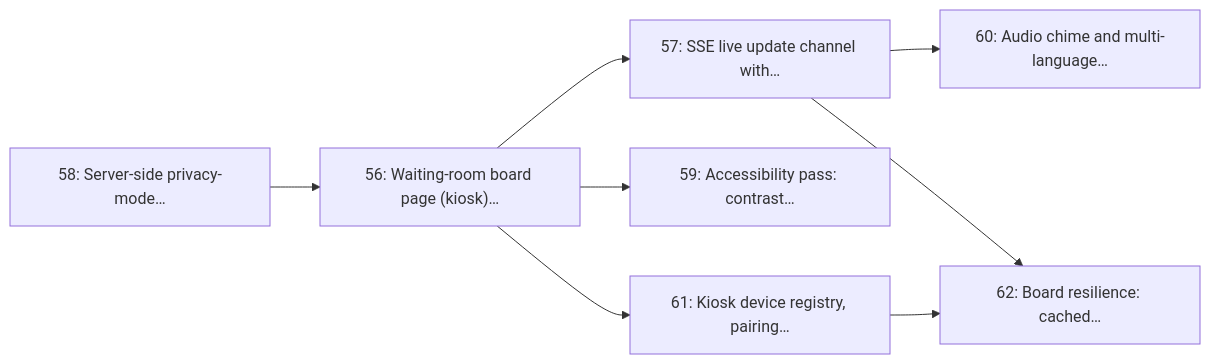
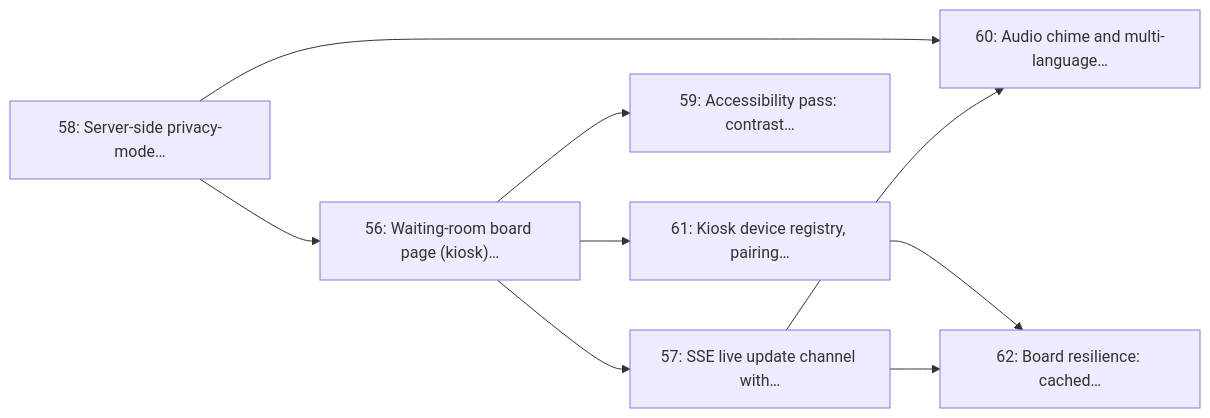
The diagram in docs/GITHUB/MILESTONES/M8_display_monitor.md (Billykat7/clinicQ), drawn with Mermaid before and after one commit. The commit also changed other lines of this file and 43 other files, not shown here.

````diff
--- a/docs/GITHUB/MILESTONES/M8_display_monitor.md
+++ b/docs/GITHUB/MILESTONES/M8_display_monitor.md
@@ -64,17 +64,18 @@
 ```mermaid
 flowchart LR
     I56["56: Waiting-room board page (kiosk)…"]
     I57["57: SSE live update channel with…"]
     I58["58: Server-side privacy-mode…"]
     I59["59: Accessibility pass: contrast…"]
     I60["60: Audio chime and multi-language…"]
     I61["61: Kiosk device registry, pairing…"]
     I62["62: Board resilience: cached…"]
     I58 --> I56
     I56 --> I57
     I56 --> I59
     I57 --> I60
+    I58 --> I60
     I56 --> I61
     I57 --> I62
     I61 --> I62
 ```
````
